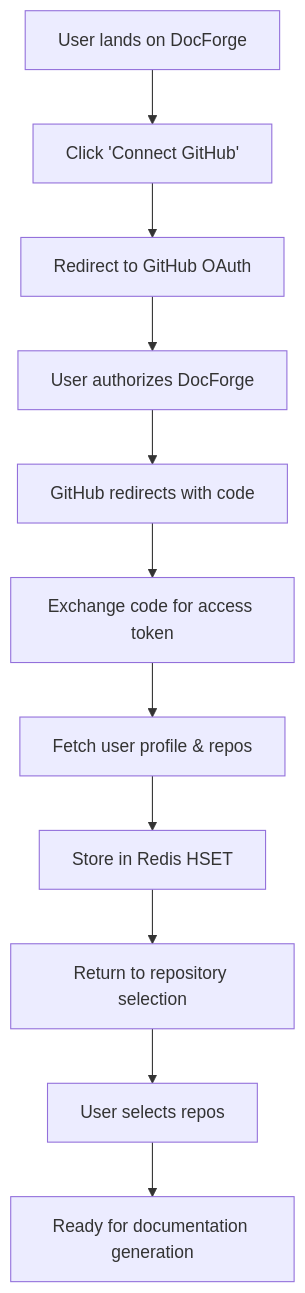
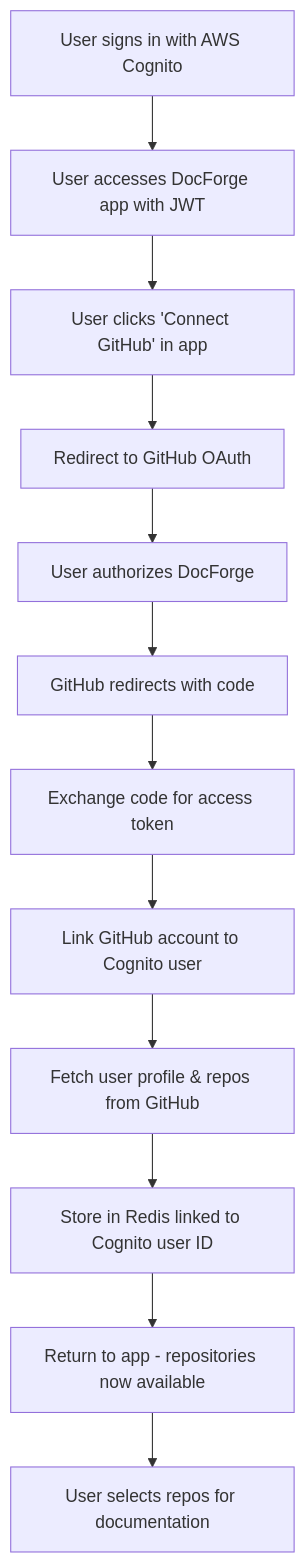
One commit to Gibgoyt/battleship changed the diagram in docs/getting-started/phase-2/GITHUB_OAUTH_APP_GUIDE.md. Above: the diagram before and after it, drawn with Mermaid. The commit also changed other lines of this file, not shown here.

````diff
--- a/docs/getting-started/phase-2/GITHUB_OAUTH_APP_GUIDE.md
+++ b/docs/getting-started/phase-2/GITHUB_OAUTH_APP_GUIDE.md
@@ -37,13 +39,14 @@
 ```mermaid
 graph TB
-    A[User lands on DocForge] --> B[Click 'Connect GitHub']
-    B --> C[Redirect to GitHub OAuth]
-    C --> D[User authorizes DocForge]
-    D --> E[GitHub redirects with code]
-    E --> F[Exchange code for access token]
-    F --> G[Fetch user profile & repos]
-    G --> H[Store in Redis HSET]
-    H --> I[Return to repository selection]
-    I --> J[User selects repos]
-    J --> K[Ready for documentation generation]
+    A[User signs in with AWS Cognito] --> B[User accesses DocForge app with JWT]
+    B --> C[User clicks 'Connect GitHub' in app]
+    C --> D[Redirect to GitHub OAuth]
+    D --> E[User authorizes DocForge]
+    E --> F[GitHub redirects with code]
+    F --> G[Exchange code for access token]
+    G --> H[Link GitHub account to Cognito user]
+    H --> I[Fetch user profile & repos from GitHub]
+    I --> J[Store in Redis linked to Cognito user ID]
+    J --> K[Return to app - repositories now available]
+    K --> L[User selects repos for documentation]
 ```
````
